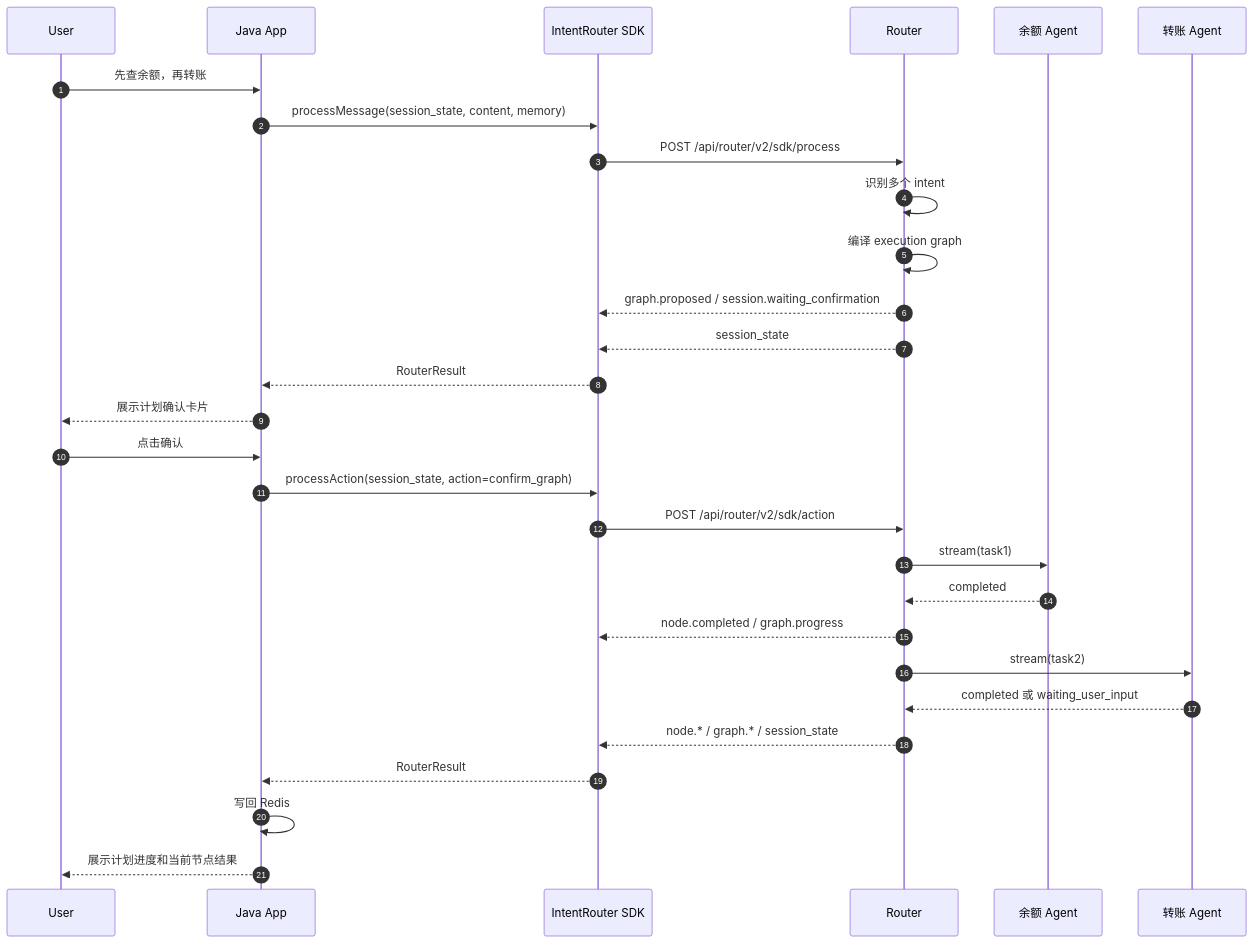
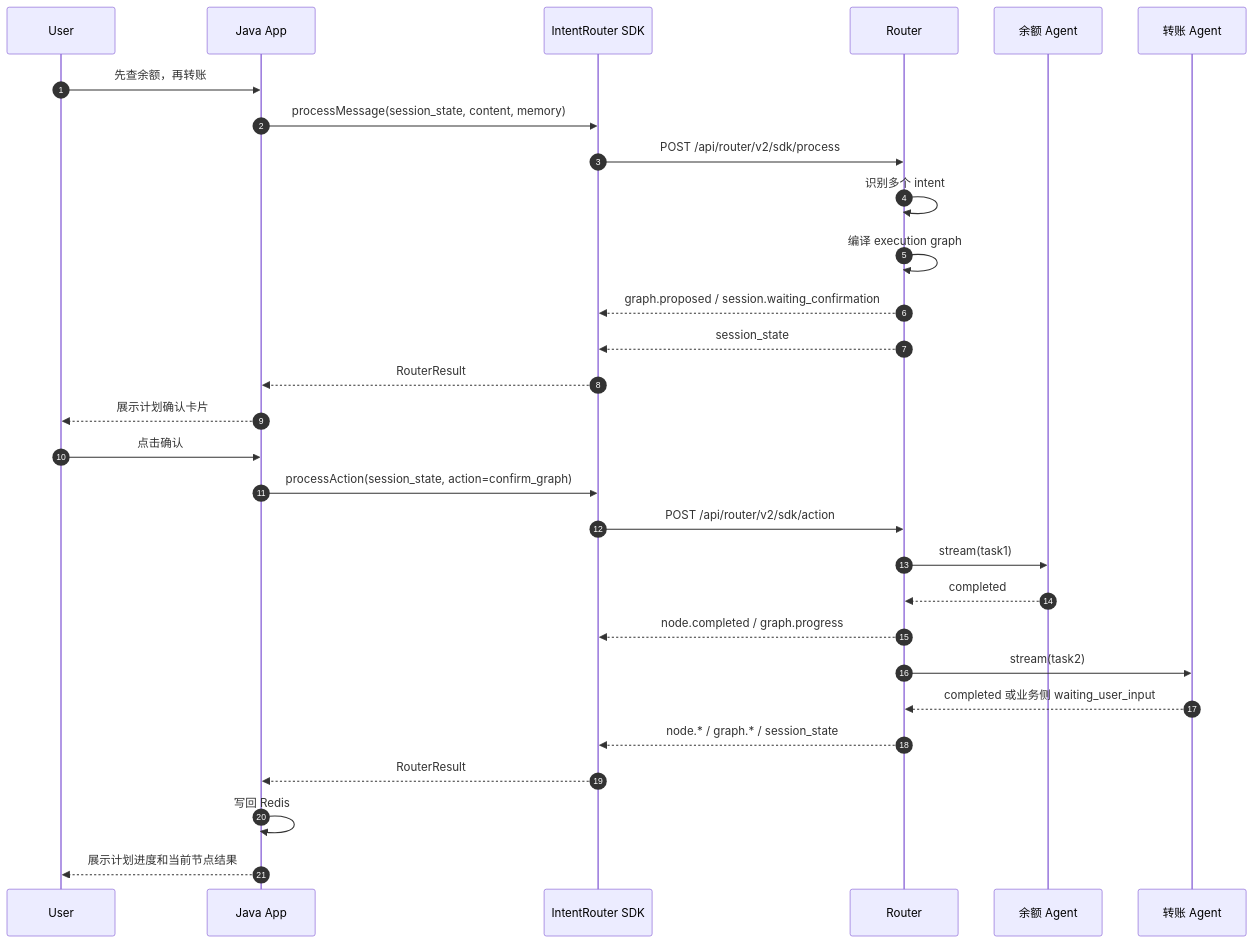
Before and after one commit to corelli359/intent-router: the third of 4 diagrams in docs/intent-router-java-sdk调用时序设计.md, drawn with Mermaid. The commit also changed other lines of this file and 3 other files, not shown here.

````diff
--- a/docs/intent-router-java-sdk调用时序设计.md
+++ b/docs/intent-router-java-sdk调用时序设计.md
@@ -155,33 +161,33 @@
 ```mermaid
 sequenceDiagram
     autonumber
     participant U as User
     participant J as Java App
     participant S as IntentRouter SDK
     participant R as Router
     participant A1 as 余额 Agent
     participant A2 as 转账 Agent
 
     U->>J: 先查余额，再转账
     J->>S: processMessage(session_state, content, memory)
     S->>R: POST /api/router/v2/sdk/process
     R->>R: 识别多个 intent
     R->>R: 编译 execution graph
     R-->>S: graph.proposed / session.waiting_confirmation
     R-->>S: session_state
     S-->>J: RouterResult
     J-->>U: 展示计划确认卡片
 
     U->>J: 点击确认
     J->>S: processAction(session_state, action=confirm_graph)
     S->>R: POST /api/router/v2/sdk/action
     R->>A1: stream(task1)
     A1-->>R: completed
     R-->>S: node.completed / graph.progress
     R->>A2: stream(task2)
-    A2-->>R: completed 或 waiting_user_input
+    A2-->>R: completed 或业务侧 waiting_user_input
     R-->>S: node.* / graph.* / session_state
     S-->>J: RouterResult
     J->>J: 写回 Redis
     J-->>U: 展示计划进度和当前节点结果
 ```
````
